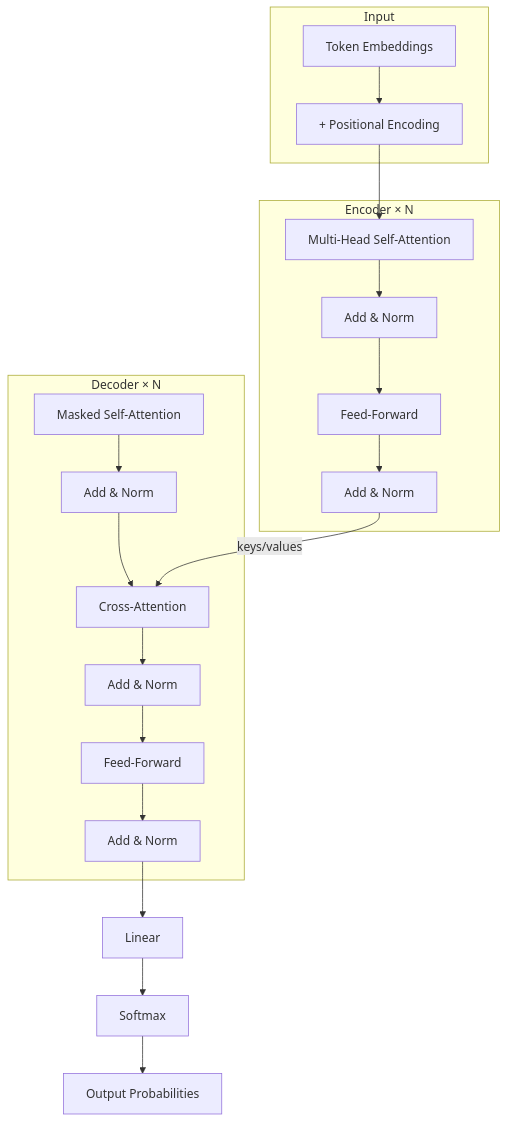
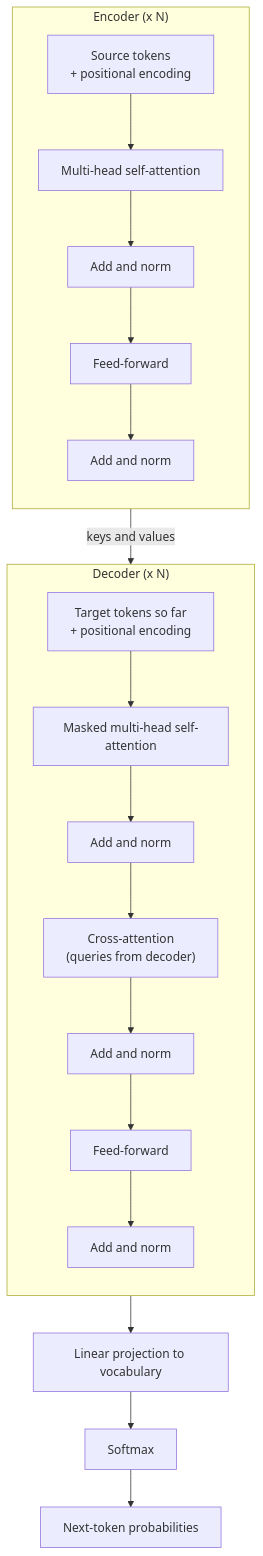
Before and after one commit to AndrewAltimit/Documentation: the second of 6 diagrams in github-pages/docs/technology/ai-lecture-2023.md, drawn with Mermaid. The commit also changed other lines of this file and 240 other files, not shown here.

````diff
--- a/github-pages/docs/technology/ai-lecture-2023.md
+++ b/github-pages/docs/technology/ai-lecture-2023.md
@@ -134,14 +121,13 @@
 ```mermaid
 flowchart TB
-    subgraph Input
-        Tok[Token Embeddings] --> Pos[+ Positional Encoding]
+    subgraph ENC["Encoder (x N)"]
+        direction TB
+        EI["Source tokens<br/>+ positional encoding"] --> ESA["Multi-head self-attention"] --> EN1["Add and norm"] --> EFF["Feed-forward"] --> EN2["Add and norm"]
     end
-    subgraph Encoder["Encoder × N"]
-        Pos --> ESA[Multi-Head Self-Attention] --> EAN[Add & Norm] --> EFF[Feed-Forward] --> EAN2[Add & Norm]
+    subgraph DEC["Decoder (x N)"]
+        direction TB
+        DI["Target tokens so far<br/>+ positional encoding"] --> DSA["Masked multi-head self-attention"] --> DN1["Add and norm"] --> XA["Cross-attention<br/>(queries from decoder)"] --> DN2["Add and norm"] --> DFF["Feed-forward"] --> DN3["Add and norm"]
     end
-    subgraph Decoder["Decoder × N"]
-        DSA[Masked Self-Attention] --> DAN[Add & Norm] --> XA[Cross-Attention] --> DAN2[Add & Norm] --> DFF[Feed-Forward] --> DAN3[Add & Norm]
-    end
-    EAN2 -- keys/values --> XA
-    DAN3 --> Lin[Linear] --> SM[Softmax] --> Out[Output Probabilities]
+    EN2 -- "keys and values" --> XA
+    DN3 --> LIN["Linear projection to vocabulary"] --> SMX["Softmax"] --> P["Next-token probabilities"]
 ```
````
